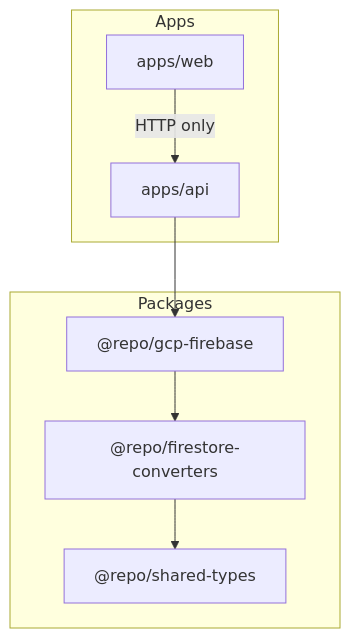
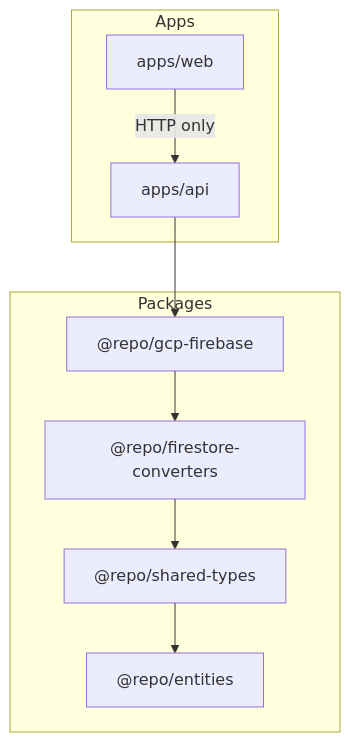
Before and after one commit to AndresLGomezO/spa-base: the first of 2 diagrams in docs/firestore-collections-guide.md, drawn with Mermaid. The commit also changed other lines of this file and 24 other files, not shown here.

First line of the commit message:
Add entity system and foundational architecture for schema-driven CRUD with RBAC

````diff
--- a/docs/firestore-collections-guide.md
+++ b/docs/firestore-collections-guide.md
@@ -35,16 +39,18 @@
 ```mermaid
 flowchart TB
   subgraph apps [Apps]
     Web[apps/web]
     API[apps/api]
   end
   subgraph packages [Packages]
+    Ent["@repo/entities"]
     ST["@repo/shared-types"]
     FC["@repo/firestore-converters"]
     GCP["@repo/gcp-firebase"]
   end
   Web -->|HTTP only| API
   API --> GCP
   GCP --> FC
   FC --> ST
+  ST --> Ent
 ```
````
